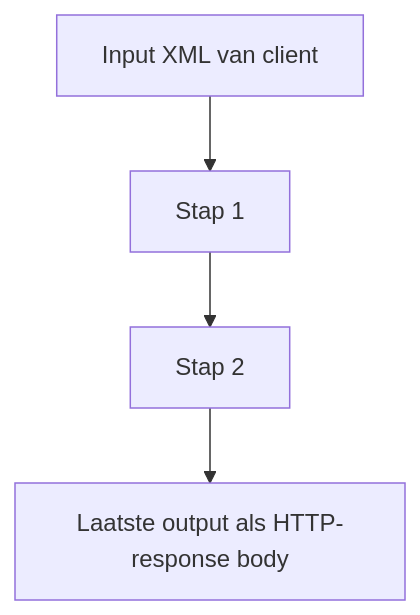
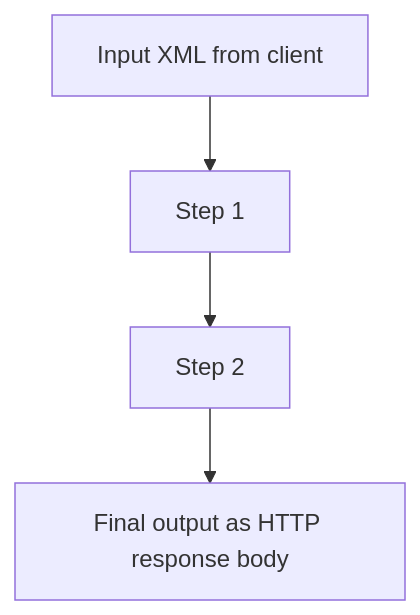
The diagram in docs/workflows.md (mfellman/MiniCloud), drawn with Mermaid before and after one commit. The commit also changed other lines of this file and 60 other files, not shown here.

````diff
--- a/docs/workflows.md
+++ b/docs/workflows.md
@@ -110,10 +216,10 @@
 ```mermaid
 flowchart TD
-  in[Input XML van client]
-  s1[Stap 1]
-  s2[Stap 2]
-  out[Laatste output als HTTP-response body]
+  in[Input XML from client]
+  s1[Step 1]
+  s2[Step 2]
+  out[Final output as HTTP response body]
   in --> s1
   s1 --> s2
   s2 --> out
 ```
````
